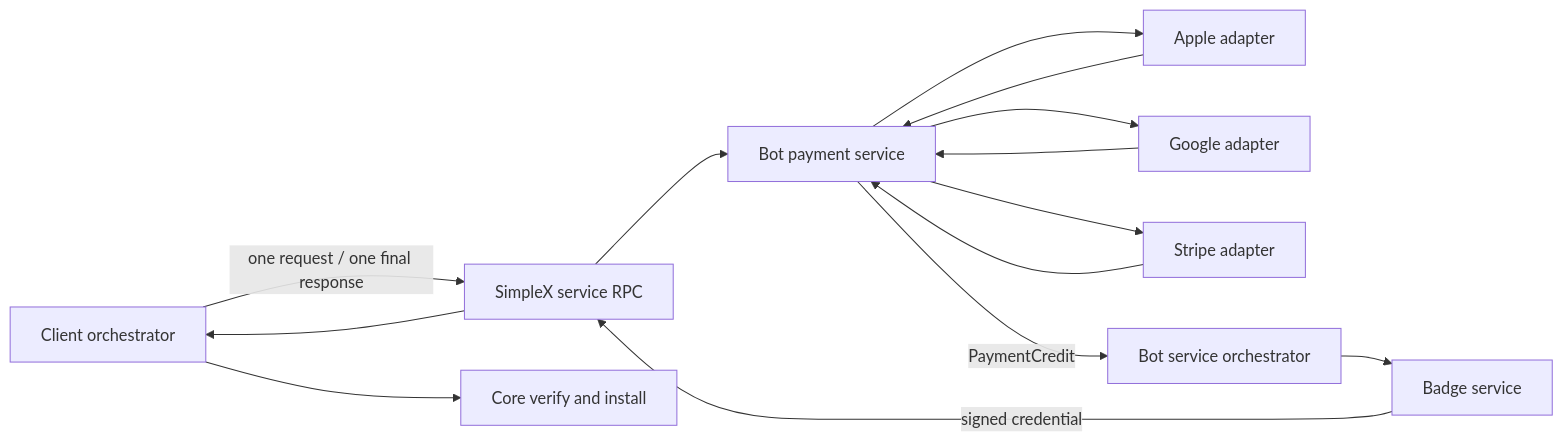
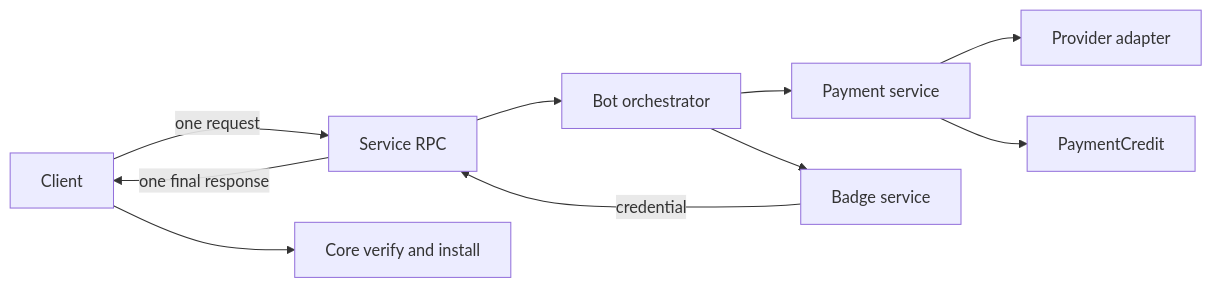
The first of 6 diagrams in plans/2026-07-20-supporter-badges-v2-implementation.md (simplex-chat/simplex-chat), drawn with Mermaid before and after one commit. The commit also changed other lines of this file and 1 other file, not shown here.

````diff
--- a/plans/2026-07-20-supporter-badges-v2-implementation.md
+++ b/plans/2026-07-20-supporter-badges-v2-implementation.md
@@ -52,14 +28,12 @@
 ```mermaid
 flowchart LR
-  C[Client orchestrator] -->|one request / one final response| R[SimpleX service RPC]
-  R --> P[Bot payment service]
-  P --> A[Apple adapter]
-  P --> G[Google adapter]
-  P --> S[Stripe adapter]
-  A & G & S --> P
-  P -->|PaymentCredit| O[Bot service orchestrator]
+  C[Client] -->|one request| R[Service RPC]
+  R --> O[Bot orchestrator]
+  O --> P[Payment service]
+  P --> V[Provider adapter]
+  P --> X[PaymentCredit]
   O --> B[Badge service]
-  B -->|signed credential| R
-  R --> C
+  B -->|credential| R
+  R -->|one final response| C
   C --> K[Core verify and install]
 ```
````
